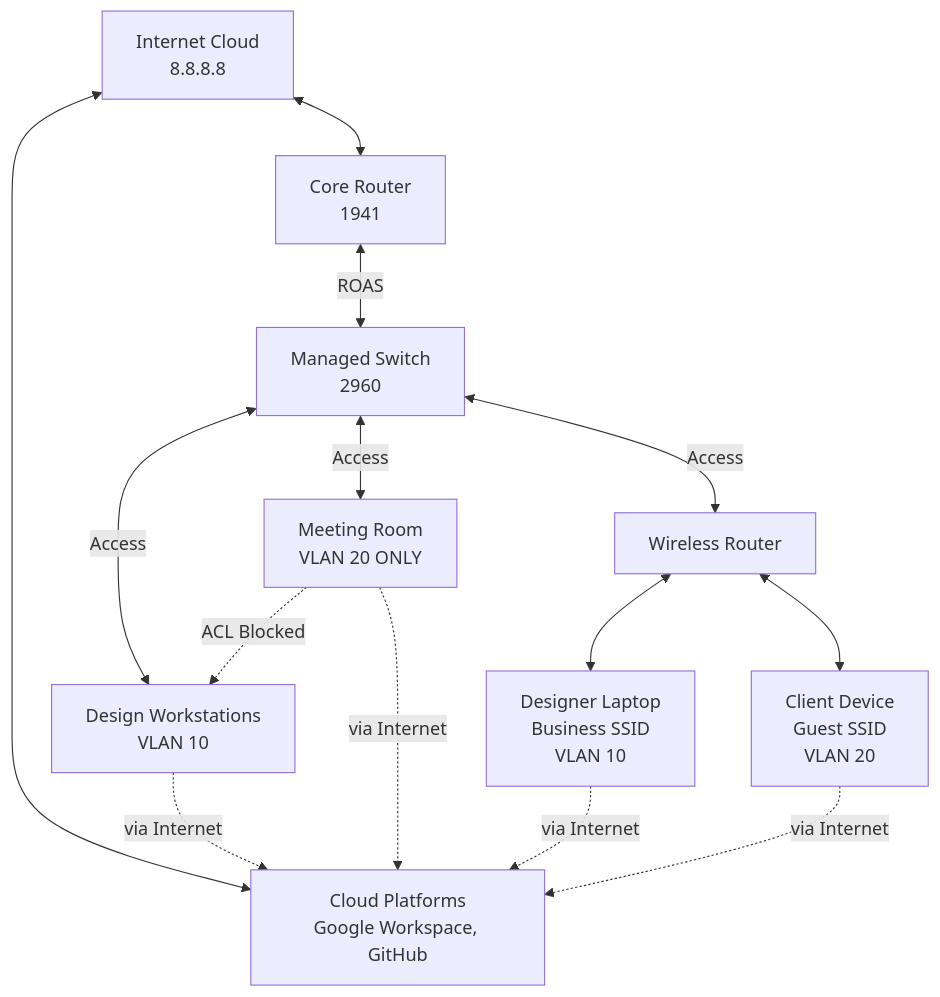
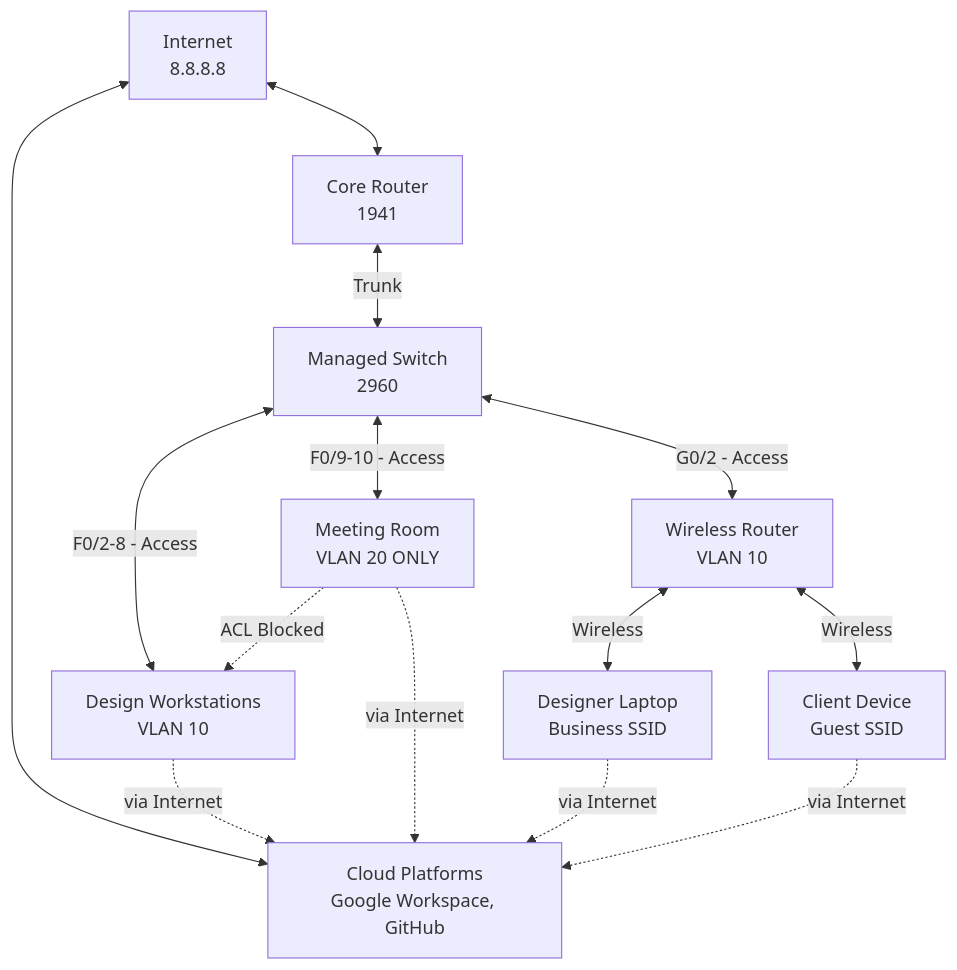
One commit to rick-homelab/business-network-simulations changed the first of 2 diagrams in project-01-soho-network/DETAILED-DOCUMENTATION.md. Above: the diagram before and after it, drawn with Mermaid. The commit also changed other lines of this file, not shown here.

````diff
--- a/project-01-soho-network/DETAILED-DOCUMENTATION.md
+++ b/project-01-soho-network/DETAILED-DOCUMENTATION.md
@@ -59,22 +59,22 @@
 ```mermaid
 graph TB
-    INTERNET[Internet Cloud<br/>8.8.8.8] <--> R1[Core Router<br/>1941]
+    INTERNET[Internet<br/>8.8.8.8] <--> R1[Core Router</br>1941]
     
-    R1 <--> |ROAS| SW1[Managed Switch<br/>2960]
+    R1 <--> |Trunk| SW1[Managed Switch<br/>2960]
 
-    SW1 <--> |Access| AP1[Wireless Router]
-    SW1 <--> |Access| WORKSTATION[Design Workstations<br/>VLAN 10]
-    SW1 <--> |Access| MEETING[Meeting Room<br/>VLAN 20 ONLY]
+    SW1 <--> |G0/2 - Access| AP1[Wireless Router<br/>VLAN 10]
+    SW1 <--> |F0/2-8 - Access| WORKSTATION[Design Workstations<br/>VLAN 10]
+    SW1 <--> |F0/9-10 - Access| MEETING[Meeting Room<br/>VLAN 20 ONLY]
     
-    AP1 <--> LAPTOP[Designer Laptop<br/>Business SSID<br/>VLAN 10]
-    AP1 <--> CLIENT[Client Device<br/>Guest SSID<br/>VLAN 20]
+    AP1 <--> |Wireless| LAPTOP[Designer Laptop<br/>Business SSID]
+    AP1 <--> |Wireless| CLIENT[Client Device<br/>Guest SSID]
     
     INTERNET <--> CLOUD[Cloud Platforms<br/>Google Workspace, GitHub]
     
     WORKSTATION -.-> |via Internet| CLOUD
     MEETING -.-> |via Internet| CLOUD
     LAPTOP -.-> |via Internet| CLOUD
     CLIENT -.-> |via Internet| CLOUD
 
     MEETING -.-> |ACL Blocked| WORKSTATION
 ```
````
